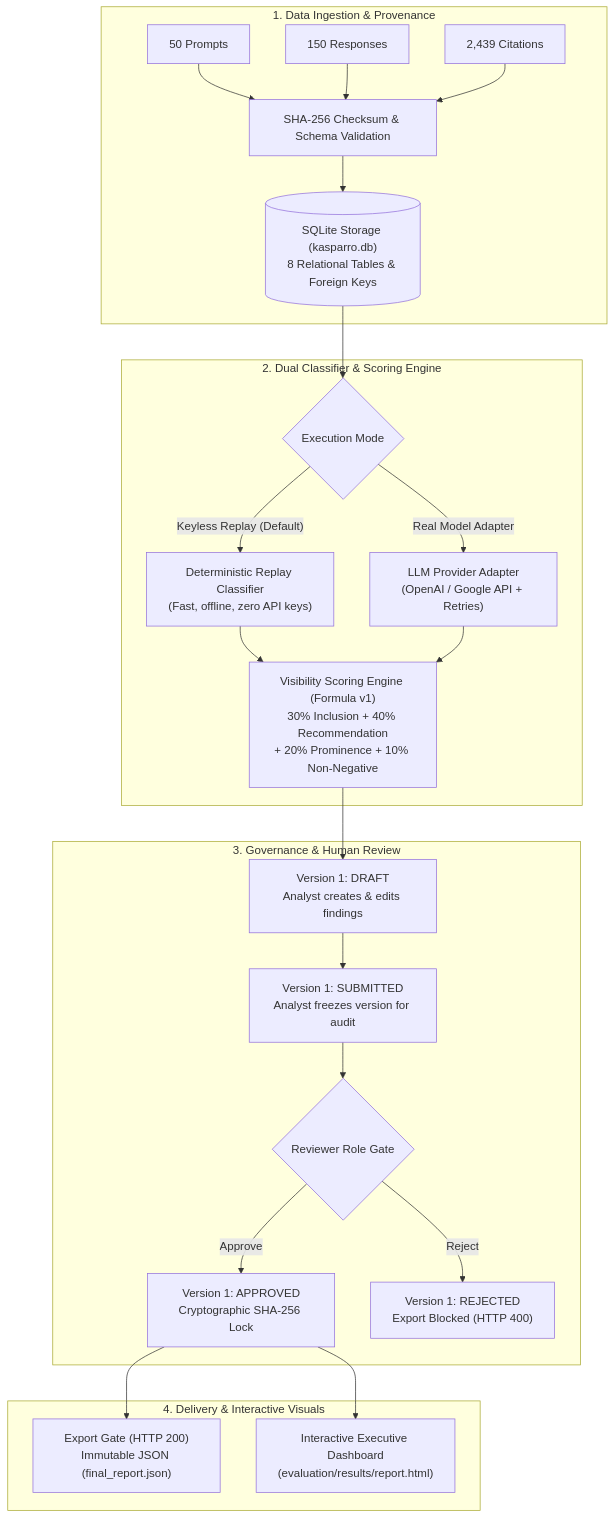
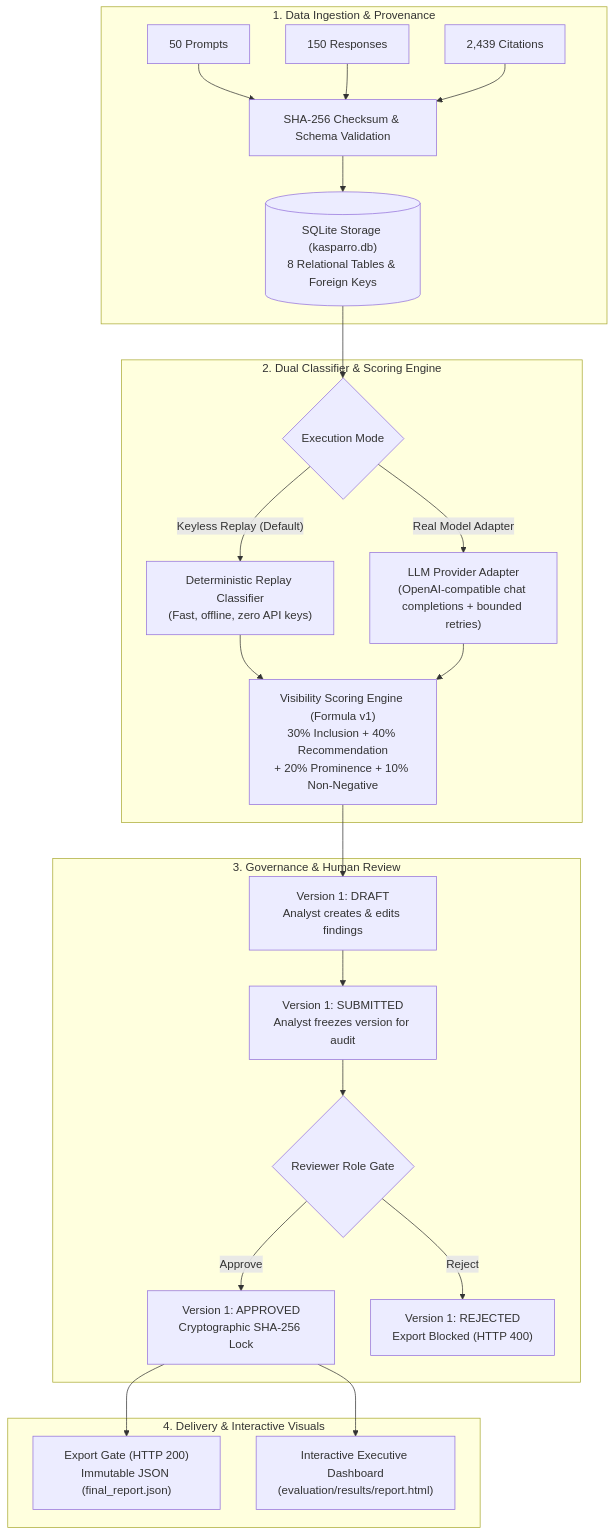
Before and after one commit to Adhi0303/Kasparro-AI-Visibility-Analysis: the diagram in README.md, drawn with Mermaid.

Commit message:
docs: correct provider compatibility description

````diff
--- a/README.md
+++ b/README.md
@@ -34,27 +34,27 @@
 ```mermaid
 flowchart TD
     subgraph INGEST ["1. Data Ingestion & Provenance"]
         D1["50 Prompts"] & D2["150 Responses"] & D3["2,439 Citations"] --> HASH["SHA-256 Checksum & Schema Validation"]
         HASH --> DB[("SQLite Storage (kasparro.db)\n8 Relational Tables & Foreign Keys")]
     end
 
     subgraph CLASSIFY ["2. Dual Classifier & Scoring Engine"]
         DB --> ROUTE{"Execution Mode"}
         ROUTE -->|"Keyless Replay (Default)"| REPLAY["Deterministic Replay Classifier\n(Fast, offline, zero API keys)"]
-        ROUTE -->|"Real Model Adapter"| PROV["LLM Provider Adapter\n(OpenAI / Google API + Retries)"]
+        ROUTE -->|"Real Model Adapter"| PROV["LLM Provider Adapter\n(OpenAI-compatible chat completions + bounded retries)"]
         REPLAY & PROV --> SCORE["Visibility Scoring Engine (Formula v1)\n30% Inclusion + 40% Recommendation\n+ 20% Prominence + 10% Non-Negative"]
     end
 
     subgraph GOVERN ["3. Governance & Human Review"]
         SCORE --> DRAFT["Version 1: DRAFT\nAnalyst creates & edits findings"]
         DRAFT --> SUBMIT["Version 1: SUBMITTED\nAnalyst freezes version for audit"]
         SUBMIT --> DECIDE{"Reviewer Role Gate"}
         DECIDE -->|"Approve"| APP["Version 1: APPROVED\nCryptographic SHA-256 Lock"]
         DECIDE -->|"Reject"| REJ["Version 1: REJECTED\nExport Blocked (HTTP 400)"]
     end
 
     subgraph DELIVER ["4. Delivery & Interactive Visuals"]
         APP --> EXP["Export Gate (HTTP 200)\nImmutable JSON (final_report.json)"]
         APP --> HTML["Interactive Executive Dashboard\n(evaluation/results/report.html)"]
     end
 ```
````
